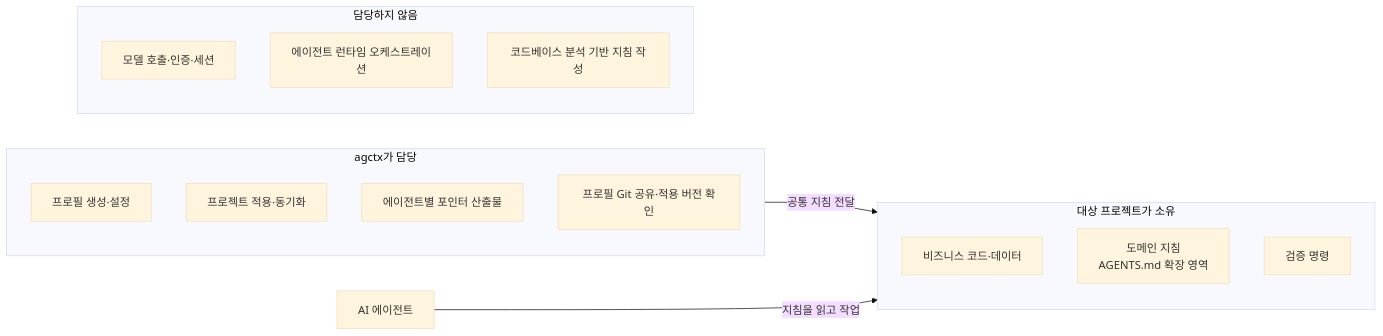
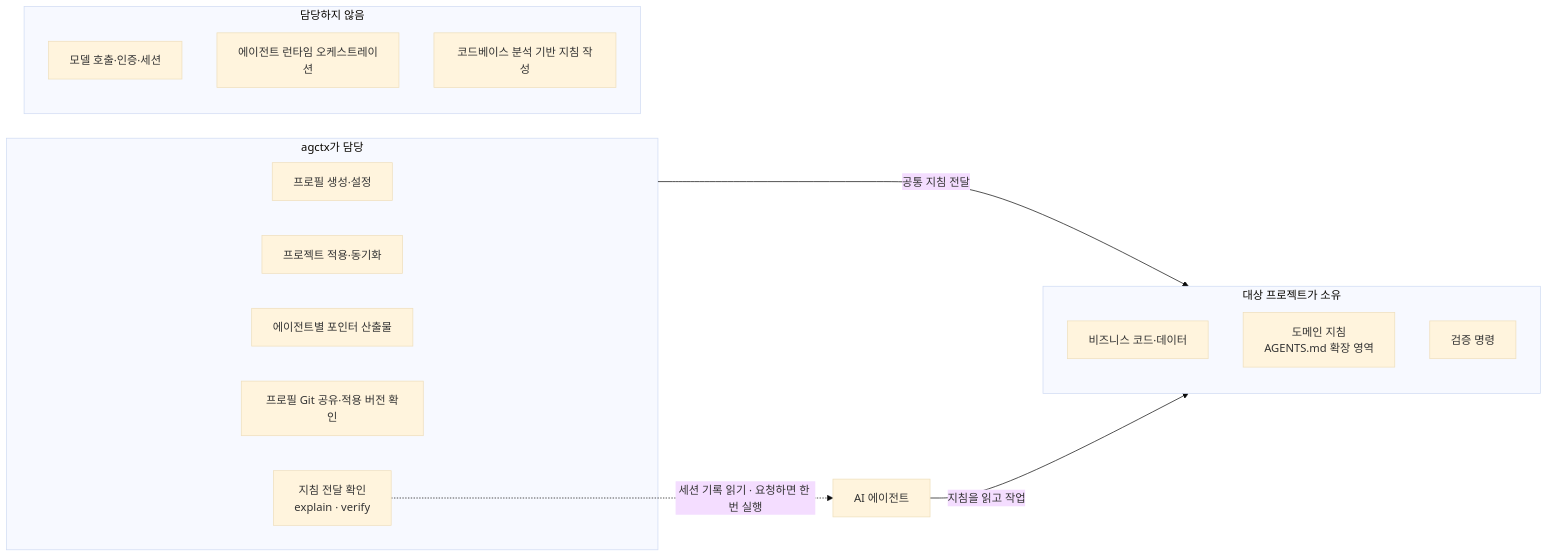
One commit to IsthisLee/agent-context-manager changed the diagram in docs/product-direction.md. Above: the diagram before and after it, drawn with Mermaid (base theme). The commit also changed other lines of this file and 37 other files, not shown here.

````diff
--- a/docs/product-direction.md
+++ b/docs/product-direction.md
@@ -33,21 +33,23 @@
 ```mermaid
 flowchart LR
   subgraph OWN["agctx가 담당"]
     O1["프로필 생성·설정"]
     O2["프로젝트 적용·동기화"]
     O3["에이전트별 포인터 산출물"]
     O4["프로필 Git 공유·적용 버전 확인"]
+    O5["지침 전달 확인<br/>explain · verify"]
   end
   subgraph PROJECT["대상 프로젝트가 소유"]
     P1["비즈니스 코드·데이터"]
     P2["도메인 지침<br/>AGENTS.md 확장 영역"]
     P3["검증 명령"]
   end
   subgraph OUT["담당하지 않음"]
     X1["모델 호출·인증·세션"]
     X2["에이전트 런타임 오케스트레이션"]
     X3["코드베이스 분석 기반 지침 작성"]
   end
   OWN -->|"공통 지침 전달"| PROJECT
   AGENT["AI 에이전트"] -->|"지침을 읽고 작업"| PROJECT
+  O5 -.->|"세션 기록 읽기 · 요청하면 한 번 실행"| AGENT
 ```
````
